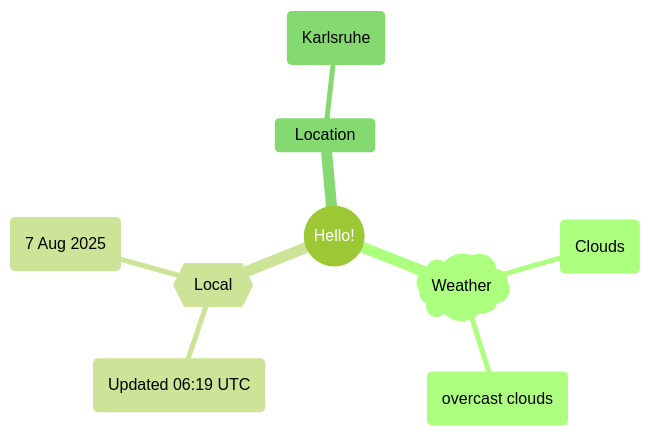
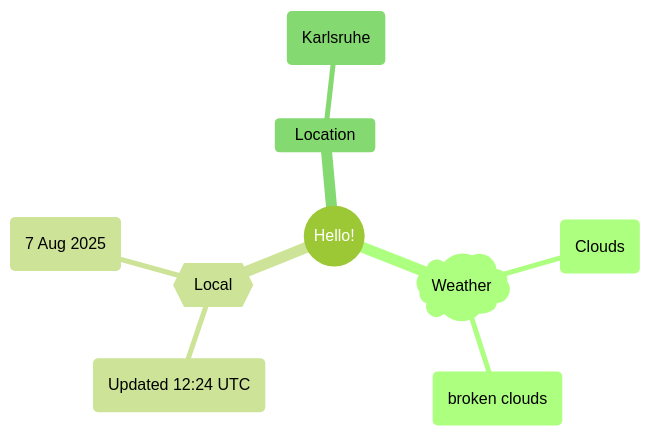
Before and after one commit to Xosrov/Xosrov: the first of 2 diagrams in README.md, drawn with Mermaid (forest theme).

Commit message:
[bot] updated images

````diff
--- a/README.md
+++ b/README.md
@@ -3,12 +3,12 @@
 ```mermaid
 mindmap
   root((Hello!))
     )Weather(
         (Clouds)
-        (overcast clouds)
+        (broken clouds)
     {{Local}}
-        (Updated 06:19 UTC)
+        (Updated 12:24 UTC)
         (7 Aug 2025)
     Location
         (Karlsruhe)
 ```
````
